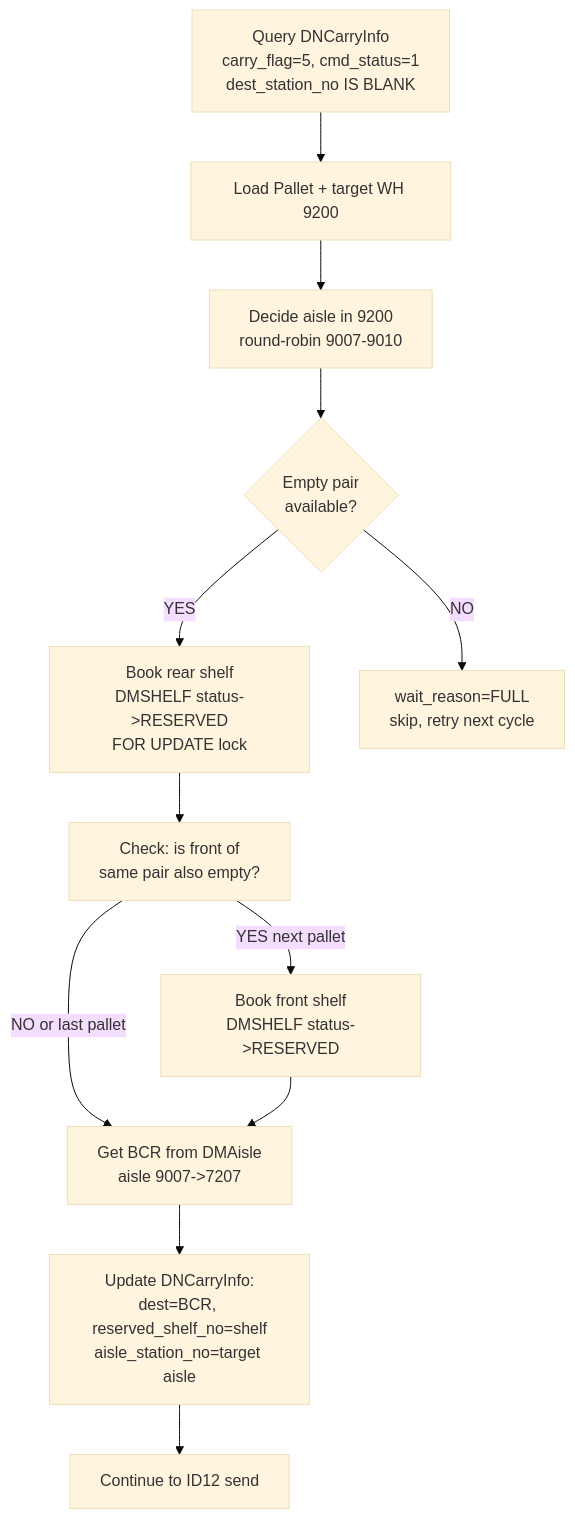
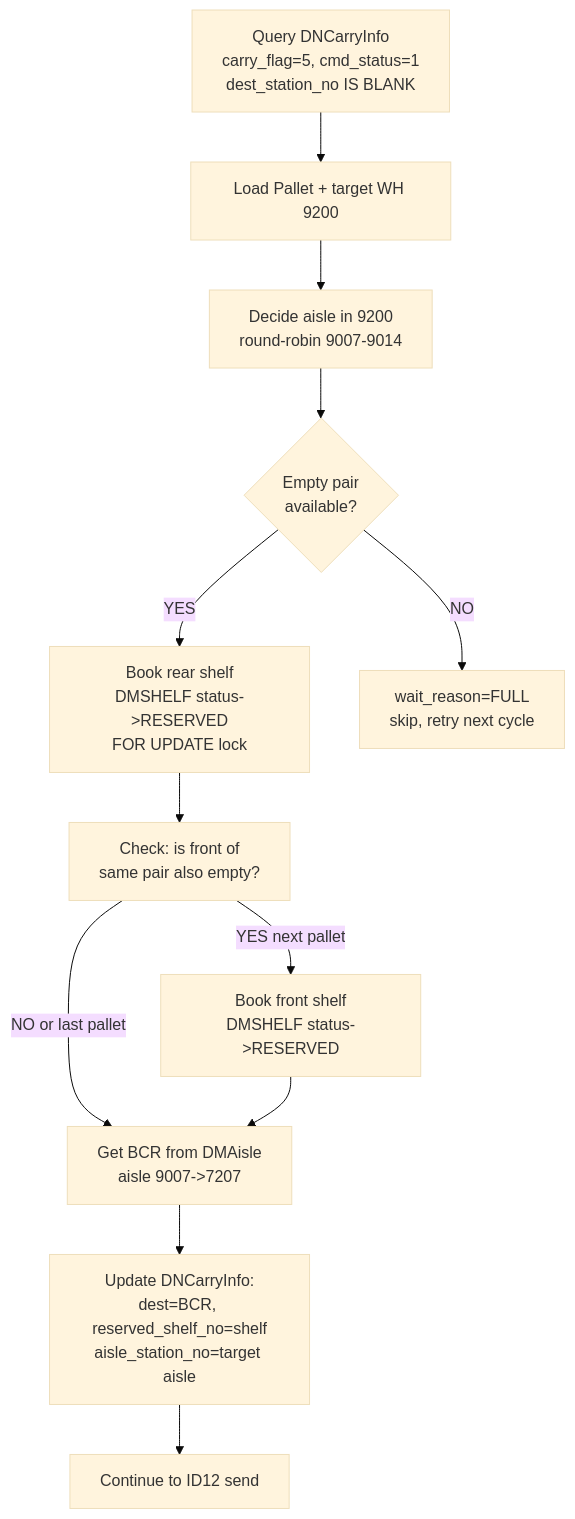
The second of 3 diagrams in Basic-Design/DFD-WMS/Retrieval/Transfer-Setting/Tempering-to-Ambient.md (luthfiadityaa/SimeDarby-Wiki), drawn with Mermaid (base theme) before and after one commit. The commit also changed other lines of this file, not shown here.

```diff
--- a/Basic-Design/DFD-WMS/Retrieval/Transfer-Setting/Tempering-to-Ambient.md
+++ b/Basic-Design/DFD-WMS/Retrieval/Transfer-Setting/Tempering-to-Ambient.md
@@ -269,14 +270,14 @@
 ::: mermaid
 flowchart TD
     A[Query DNCarryInfo<br/>carry_flag=5, cmd_status=1<br/>dest_station_no IS BLANK] --> B[Load Pallet + target WH 9200]
-    B --> C[Decide aisle in 9200<br/>round-robin 9007-9010]
+    B --> C[Decide aisle in 9200<br/>round-robin 9007-9014]
     C --> D{Empty pair<br/>available?}
     D -->|YES| E[Book rear shelf<br/>DMSHELF status->RESERVED<br/>FOR UPDATE lock]
     D -->|NO| F[wait_reason=FULL<br/>skip, retry next cycle]
     E --> G[Check: is front of<br/>same pair also empty?]
     G -->|YES next pallet| H[Book front shelf<br/>DMSHELF status->RESERVED]
     G -->|NO or last pallet| I[Get BCR from DMAisle<br/>aisle 9007->7207]
     H --> I
     I --> J[Update DNCarryInfo:<br/>dest=BCR, reserved_shelf_no=shelf<br/>aisle_station_no=target aisle]
     J --> K[Continue to ID12 send]
 :::
```
